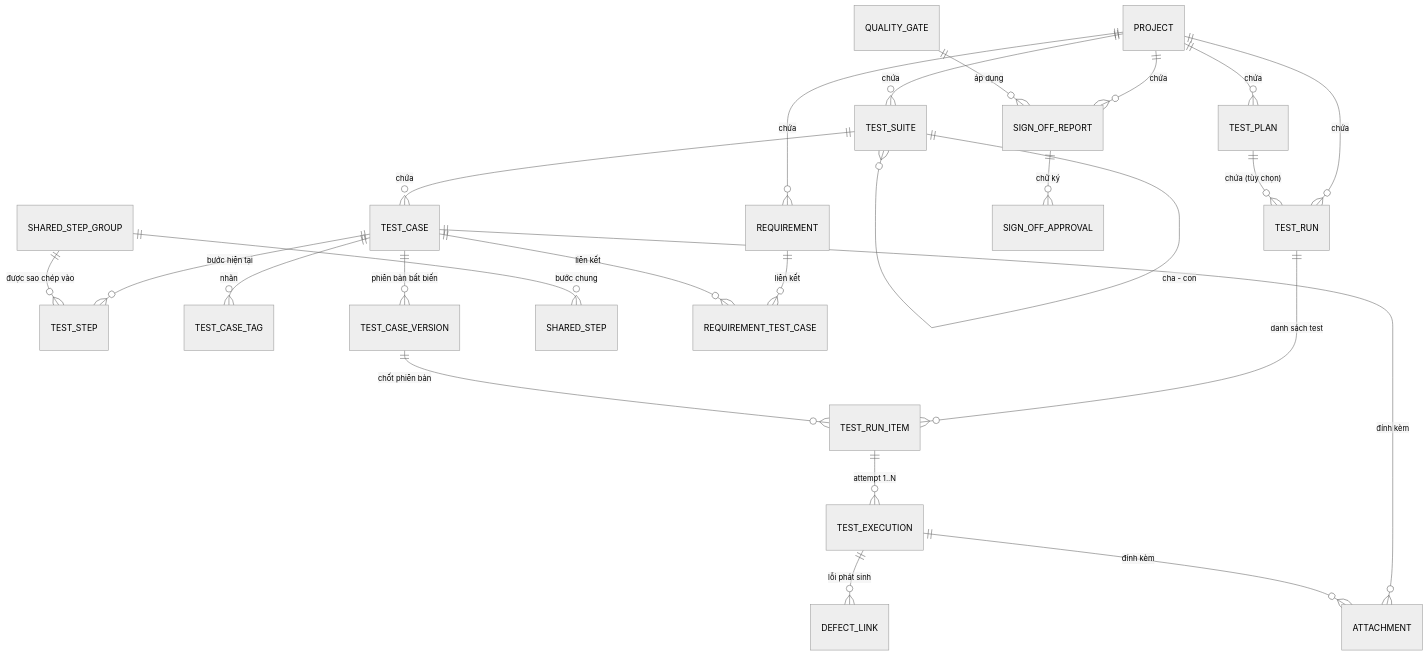
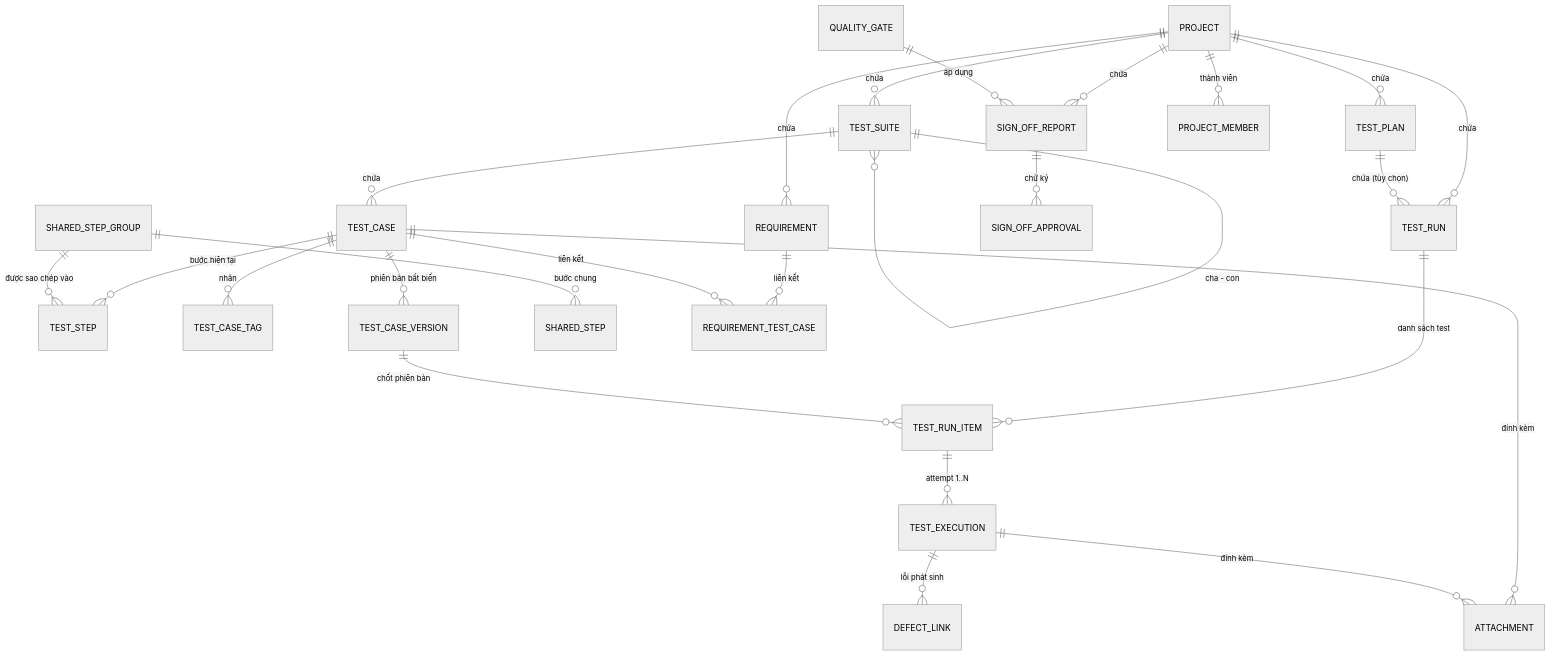
Before and after one commit to Huyit2k5/testcase_manager: the fifth of 20 diagrams in BUSINESS_ANALYSIS_TEST_CASE_MANAGEMENT.md, drawn with Mermaid (neutral theme). The commit also changed other lines of this file and 50 other files, not shown here.

````diff
--- a/BUSINESS_ANALYSIS_TEST_CASE_MANAGEMENT.md
+++ b/BUSINESS_ANALYSIS_TEST_CASE_MANAGEMENT.md
@@ -248,30 +250,31 @@
 ```mermaid
 erDiagram
     PROJECT ||--o{ TEST_SUITE : "chứa"
     PROJECT ||--o{ TEST_PLAN : "chứa"
     PROJECT ||--o{ REQUIREMENT : "chứa"
     PROJECT ||--o{ TEST_RUN : "chứa"
     PROJECT ||--o{ SIGN_OFF_REPORT : "chứa"
+    PROJECT ||--o{ PROJECT_MEMBER : "thành viên"
 
     TEST_SUITE ||--o{ TEST_SUITE : "cha - con"
     TEST_SUITE ||--o{ TEST_CASE : "chứa"
     TEST_CASE ||--o{ TEST_STEP : "bước hiện tại"
     TEST_CASE ||--o{ TEST_CASE_TAG : "nhãn"
     TEST_CASE ||--o{ TEST_CASE_VERSION : "phiên bản bất biến"
     SHARED_STEP_GROUP ||--o{ SHARED_STEP : "bước chung"
     SHARED_STEP_GROUP ||--o{ TEST_STEP : "được sao chép vào"
 
     REQUIREMENT ||--o{ REQUIREMENT_TEST_CASE : "liên kết"
     TEST_CASE ||--o{ REQUIREMENT_TEST_CASE : "liên kết"
 
     TEST_PLAN ||--o{ TEST_RUN : "chứa (tùy chọn)"
     TEST_RUN ||--o{ TEST_RUN_ITEM : "danh sách test"
     TEST_CASE_VERSION ||--o{ TEST_RUN_ITEM : "chốt phiên bản"
     TEST_RUN_ITEM ||--o{ TEST_EXECUTION : "attempt 1..N"
     TEST_EXECUTION ||--o{ DEFECT_LINK : "lỗi phát sinh"
     TEST_CASE ||--o{ ATTACHMENT : "đính kèm"
     TEST_EXECUTION ||--o{ ATTACHMENT : "đính kèm"
 
     QUALITY_GATE ||--o{ SIGN_OFF_REPORT : "áp dụng"
     SIGN_OFF_REPORT ||--o{ SIGN_OFF_APPROVAL : "chữ ký"
 ```
````
